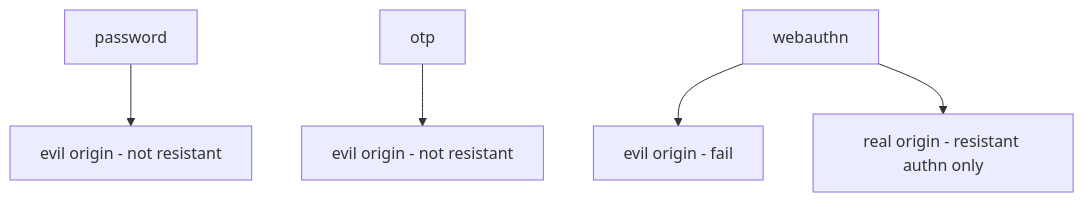
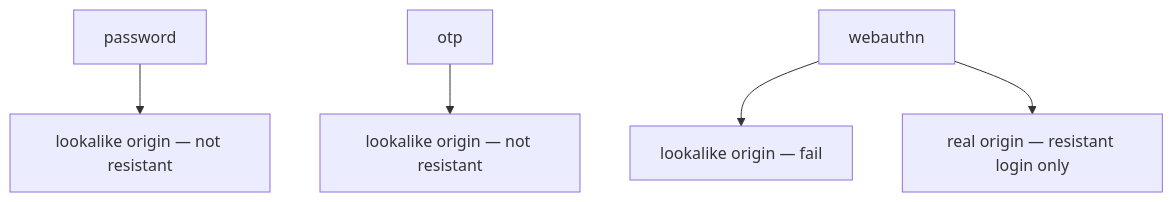
One commit to ishitvagoel/LearnSecurity changed the first of 2 diagrams in content/modules/4/4.2/lessons/02-model.md. Above: the diagram before and after it, drawn with Mermaid. The commit also changed other lines of this file and 39 other files, not shown here.

````diff
--- a/content/modules/4/4.2/lessons/02-model.md
+++ b/content/modules/4/4.2/lessons/02-model.md
@@ -15,7 +14,7 @@
 ```mermaid
 flowchart TD
-  Pw["password"] --> EvilPw["evil origin - not resistant"]
-  Otp["otp"] --> EvilOtp["evil origin - not resistant"]
-  Wa["webauthn"] --> EvilWa["evil origin - fail"]
-  Wa --> RealWa["real origin - resistant authn only"]
+  Pw["password"] --> EvilPw["lookalike origin — not resistant"]
+  Otp["otp"] --> EvilOtp["lookalike origin — not resistant"]
+  Wa["webauthn"] --> EvilWa["lookalike origin — fail"]
+  Wa --> RealWa["real origin — resistant login only"]
 ```
````
